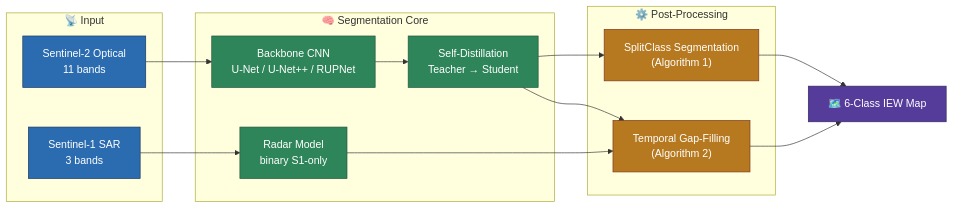
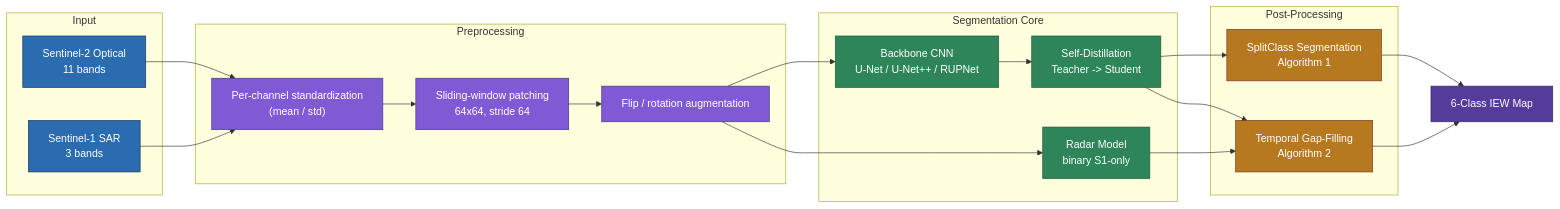
Before and after one commit to Tetra4ge/flood-segmentation-sentinel12: the first of 2 diagrams in README.md, drawn with Mermaid. The commit also changed other lines of this file, not shown here.

Commit message:
docs : updated readme

````diff
--- a/README.md
+++ b/README.md
@@ -23,35 +23,45 @@
 ```mermaid
 flowchart LR
-    subgraph IN["📡 Input"]
+    subgraph IN["Input"]
         S2["Sentinel-2 Optical\n11 bands"]
         S1["Sentinel-1 SAR\n3 bands"]
     end
 
-    subgraph CORE["🧠 Segmentation Core"]
+    subgraph PRE["Preprocessing"]
+        PP1["Per-channel standardization\n(mean / std)"]
+        PP2["Sliding-window patching\n64x64, stride 64"]
+        PP3["Flip / rotation augmentation"]
+    end
+
+    subgraph CORE["Segmentation Core"]
         BB["Backbone CNN\nU-Net / U-Net++ / RUPNet"]
-        KD["Self-Distillation\nTeacher → Student"]
+        KD["Self-Distillation\nTeacher -> Student"]
         RM["Radar Model\nbinary S1-only"]
     end
 
-    subgraph POST["⚙️ Post-Processing"]
-        SC["SplitClass Segmentation\n(Algorithm 1)"]
-        GF["Temporal Gap-Filling\n(Algorithm 2)"]
+    subgraph POST["Post-Processing"]
+        SC["SplitClass Segmentation\nAlgorithm 1"]
+        GF["Temporal Gap-Filling\nAlgorithm 2"]
     end
 
-    OUT["🗺️ 6-Class IEW Map"]
+    OUT["6-Class IEW Map"]
 
-    S2 --> BB --> KD --> SC
-    S1 --> RM --> GF
+    S2 --> PP1 --> PP2 --> PP3 --> BB
+    S1 --> PP1
+    BB --> KD --> SC
+    PP3 --> RM --> GF
     KD --> GF
     SC --> OUT
     GF --> OUT
 
     classDef input fill:#2b6cb0,stroke:#1a365d,color:#fff
+    classDef pre fill:#805ad5,stroke:#44337a,color:#fff
     classDef core fill:#2f855a,stroke:#22543d,color:#fff
     classDef post fill:#b7791f,stroke:#7b341e,color:#fff
     classDef output fill:#553c9a,stroke:#322659,color:#fff
     class S2,S1 input
+    class PP1,PP2,PP3 pre
     class BB,KD,RM core
     class SC,GF post
     class OUT output
 ```
````
